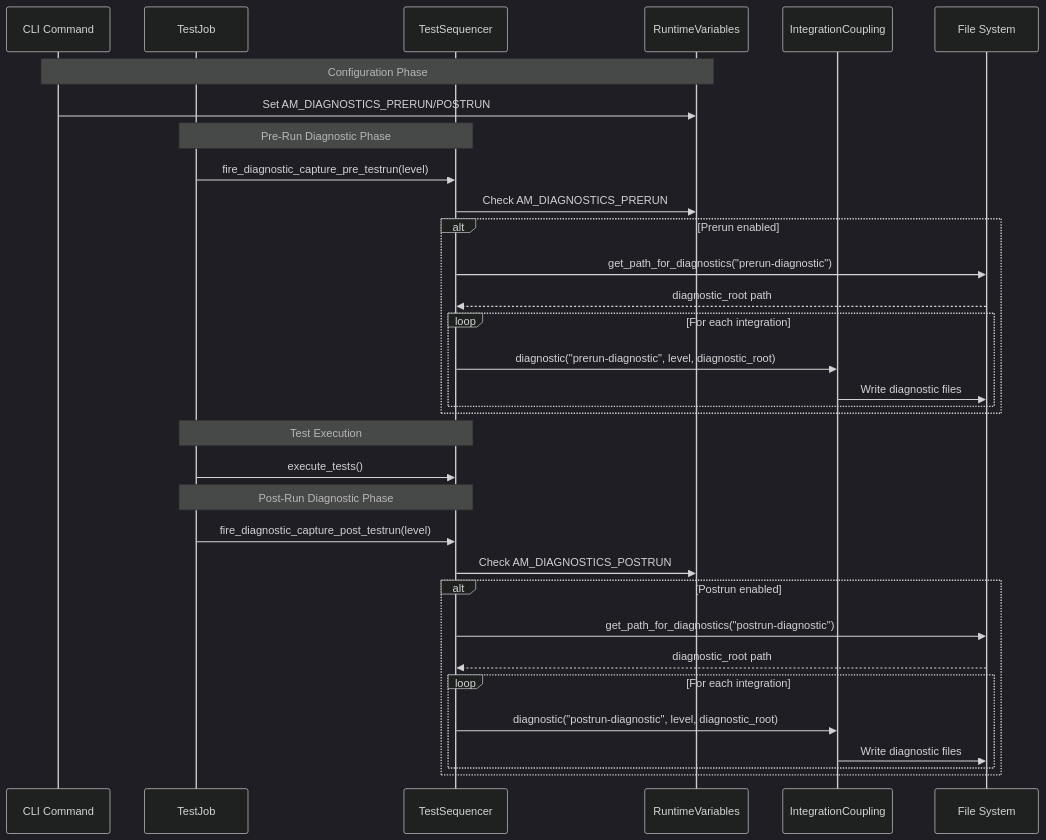
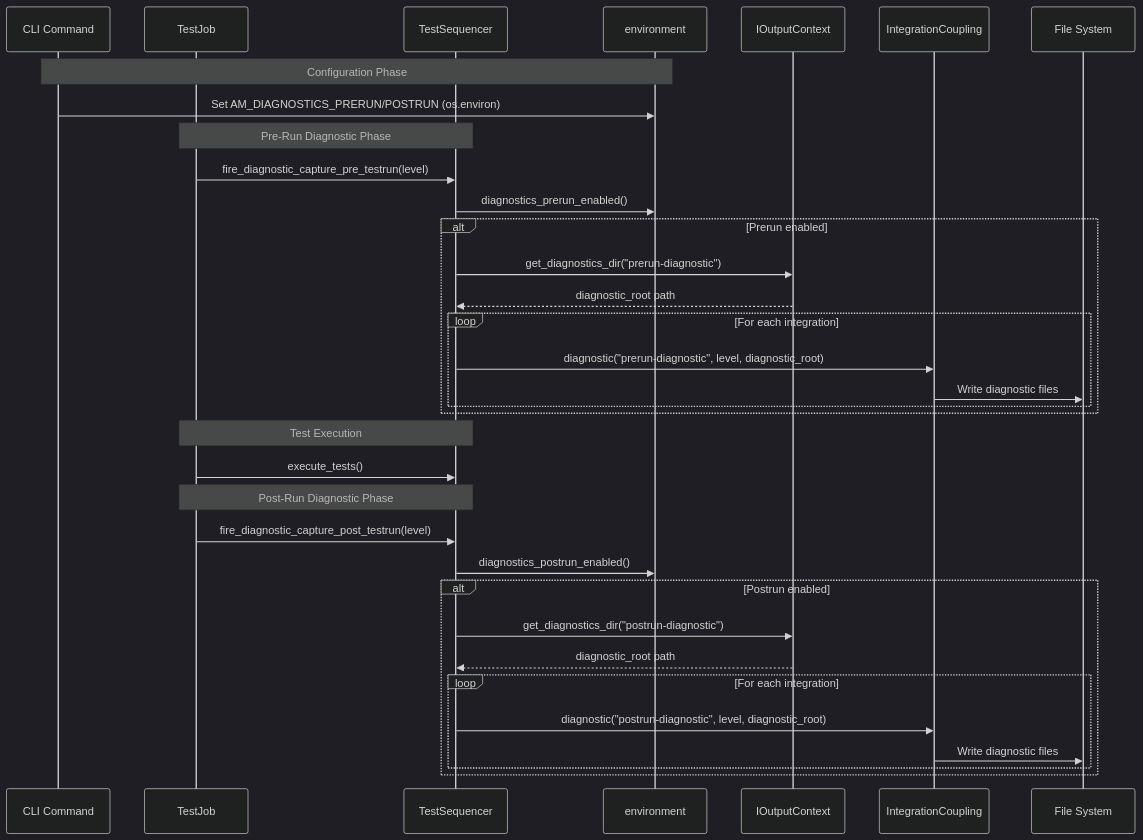
The sixth of 9 diagrams in specs/diagnostics/design.md (code-craft-ai-company/codecraftai-testbase), drawn with Mermaid (dark theme) before and after one commit. The commit also changed other lines of this file and 109 other files, not shown here.

````diff
--- a/specs/diagnostics/design.md
+++ b/specs/diagnostics/design.md
@@ -173,39 +173,40 @@
 ```mermaid
 sequenceDiagram
     participant CLI as CLI Command
     participant TJ as TestJob
     participant TS as TestSequencer
-    participant RV as RuntimeVariables
+    participant ENV as environment
+    participant OC as IOutputContext
     participant IC as IntegrationCoupling
     participant FS as File System
     
-    Note over CLI,RV: Configuration Phase
-    CLI->>RV: Set AM_DIAGNOSTICS_PRERUN/POSTRUN
+    Note over CLI,ENV: Configuration Phase
+    CLI->>ENV: Set AM_DIAGNOSTICS_PRERUN/POSTRUN (os.environ)
     
     Note over TJ,TS: Pre-Run Diagnostic Phase
     TJ->>TS: fire_diagnostic_capture_pre_testrun(level)
-    TS->>RV: Check AM_DIAGNOSTICS_PRERUN
+    TS->>ENV: diagnostics_prerun_enabled()
     alt Prerun enabled
-        TS->>FS: get_path_for_diagnostics("prerun-diagnostic")
-        FS-->>TS: diagnostic_root path
+        TS->>OC: get_diagnostics_dir("prerun-diagnostic")
+        OC-->>TS: diagnostic_root path
         loop For each integration
             TS->>IC: diagnostic("prerun-diagnostic", level, diagnostic_root)
             IC->>FS: Write diagnostic files
         end
     end
     
     Note over TJ,TS: Test Execution
     TJ->>TS: execute_tests()
     
     Note over TJ,TS: Post-Run Diagnostic Phase
     TJ->>TS: fire_diagnostic_capture_post_testrun(level)
-    TS->>RV: Check AM_DIAGNOSTICS_POSTRUN
+    TS->>ENV: diagnostics_postrun_enabled()
     alt Postrun enabled
-        TS->>FS: get_path_for_diagnostics("postrun-diagnostic")
-        FS-->>TS: diagnostic_root path
+        TS->>OC: get_diagnostics_dir("postrun-diagnostic")
+        OC-->>TS: diagnostic_root path
         loop For each integration
             TS->>IC: diagnostic("postrun-diagnostic", level, diagnostic_root)
             IC->>FS: Write diagnostic files
         end
     end
 ```
````
